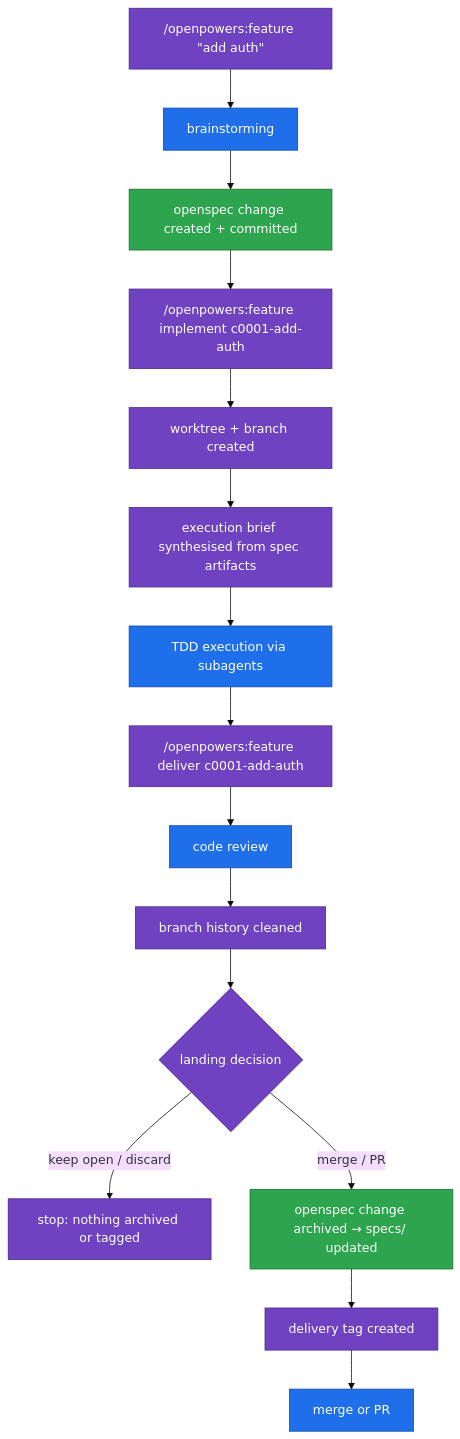
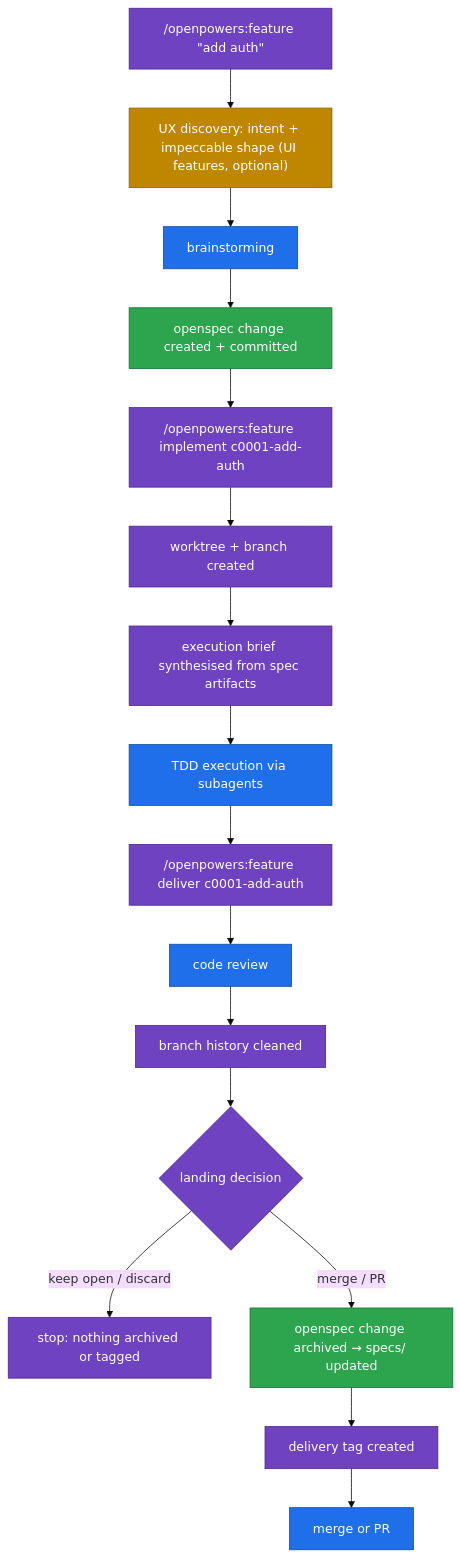
The diagram in README.md (fuzzyalej/openpowers), drawn with Mermaid (base theme) before and after one commit. The commit also changed other lines of this file, not shown here.

Commit message:
docs: align README with UX discovery flow

````diff
--- a/README.md
+++ b/README.md
@@ -187,25 +187,28 @@
 ```mermaid
 flowchart TD
-    A["/openpowers:feature &quot;add auth&quot;"] --> B[brainstorming]
+    A["/openpowers:feature &quot;add auth&quot;"] --> U["UX discovery: intent + impeccable shape (UI features, optional)"]
+    U --> B[brainstorming]
     B --> C[openspec change created + committed]
     C --> D["/openpowers:feature implement c0001-add-auth"]
     D --> E[worktree + branch created]
     E --> F[execution brief synthesised from spec artifacts]
     F --> G[TDD execution via subagents]
     G --> H["/openpowers:feature deliver c0001-add-auth"]
     H --> I[code review]
     I --> J[branch history cleaned]
     J --> N{landing decision}
     N -->|keep open / discard| O[stop: nothing archived or tagged]
     N -->|merge / PR| L[openspec change archived → specs/ updated]
     L --> K[delivery tag created]
     K --> M[merge or PR]
 
     class A,D,H,E,F,J,K,N,O openpowers
+    class U ux
     class B,G,I,M superpowers
     class C,L openspec
 
     classDef openpowers fill:#6f42c1,stroke:#4c2889,color:#fff
     classDef superpowers fill:#1f6feb,stroke:#144a9e,color:#fff
     classDef openspec fill:#2da44e,stroke:#1a6e34,color:#fff
+    classDef ux fill:#bf8700,stroke:#8a6100,color:#fff
 ```
````
